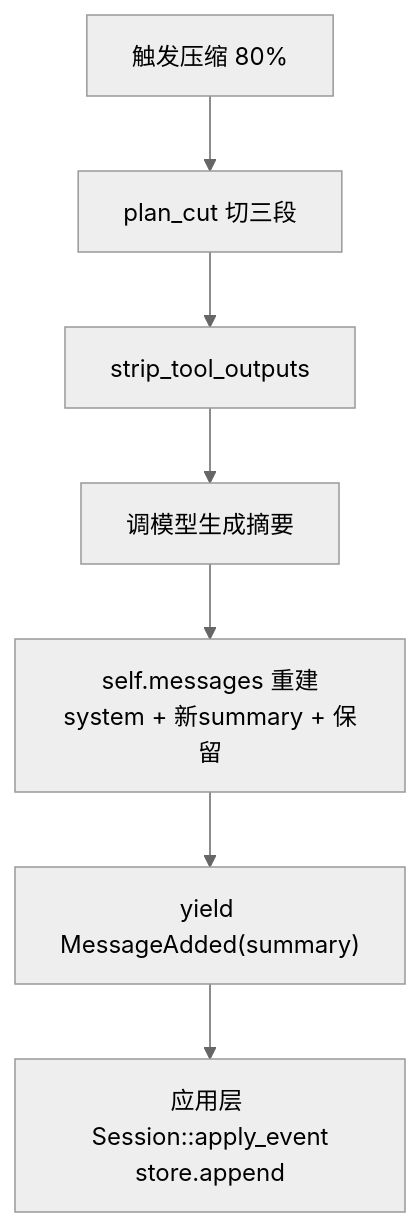
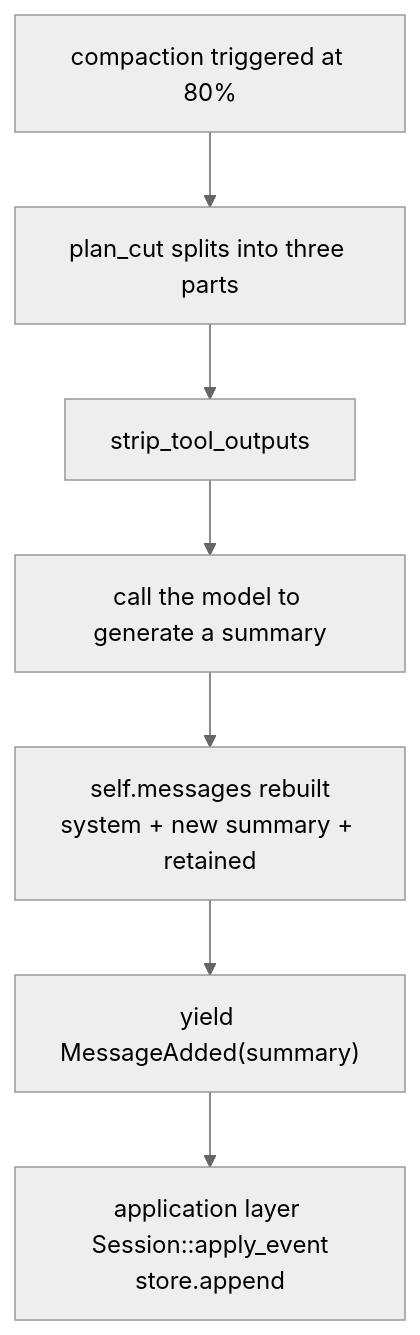
Before and after one commit to Seann0824/Shirley: the second of 3 diagrams in docs/session.md, drawn with Mermaid (neutral theme). The commit also changed other lines of this file and 131 other files, not shown here.

````diff
--- a/docs/session.md
+++ b/docs/session.md
@@ -167,9 +187,9 @@
 ```mermaid
 graph TD
-    C["触发压缩 80%"] --> S["plan_cut 切三段"]
+    C["compaction triggered at 80%"] --> S["plan_cut splits into three parts"]
     S --> CLR["strip_tool_outputs"]
-    CLR --> LLM["调模型生成摘要"]
-    LLM --> RB["self.messages 重建<br/>system + 新summary + 保留"]
+    CLR --> LLM["call the model to generate a summary"]
+    LLM --> RB["self.messages rebuilt<br/>system + new summary + retained"]
     RB --> EV["yield MessageAdded(summary)"]
-    EV --> AP["应用层 Session::apply_event<br/>store.append"]
+    EV --> AP["application layer Session::apply_event<br/>store.append"]
 ```
````
